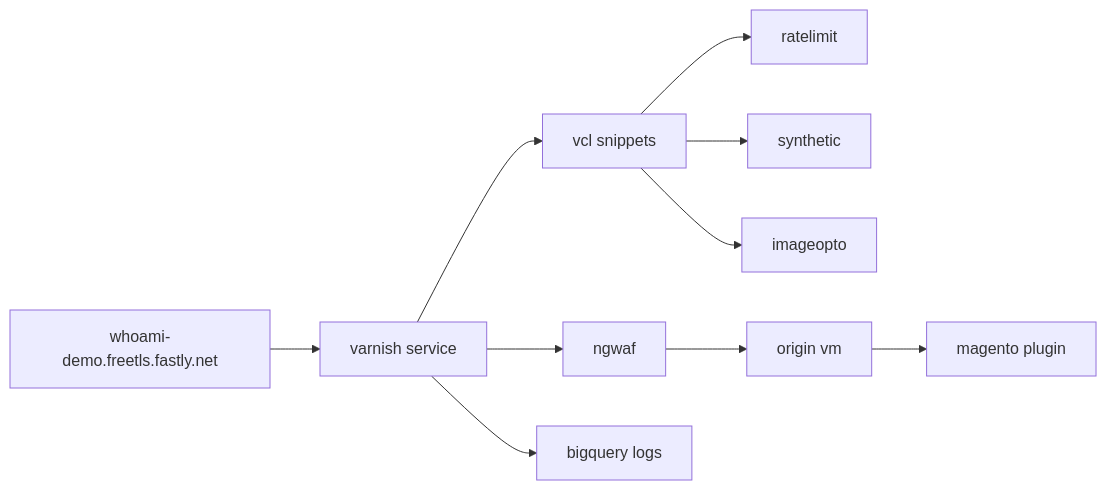
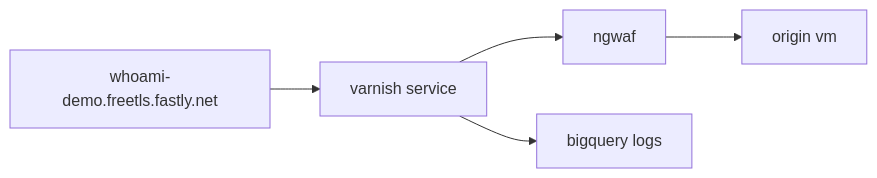
Before and after one commit to jbartus/fastly-magento2-demo: the second of 3 diagrams in README.md, drawn with Mermaid.

Commit message:
simplify diagrams

````diff
--- a/README.md
+++ b/README.md
@@ -23,12 +23,7 @@
 ```mermaid
 flowchart LR
   site[whoami-demo.freetls.fastly.net] --> varnish[varnish service]
-  varnish --> vcl[vcl snippets]
-  vcl --> ratelimit
-  vcl --> synthetic
-  vcl --> imageopto
   varnish --> ngwaf
   ngwaf --> origin[origin vm]
-  origin --> mp[magento plugin]
   varnish --> bq[bigquery logs]
 ```
````
